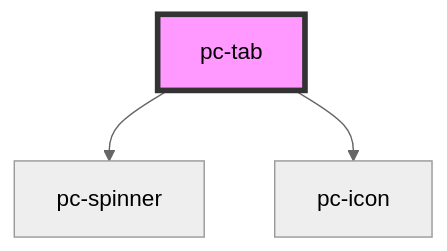
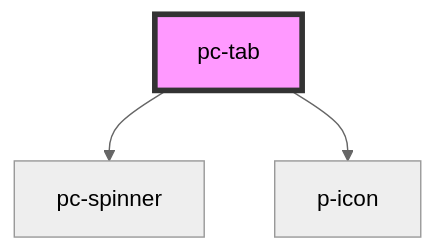
One commit to redvars/peacock changed the diagram in src/components/tabs/tab/readme.md. Above: the diagram before and after it, drawn with Mermaid (neutral theme). The commit also changed other lines of this file and 94 other files, not shown here.

````diff
--- a/src/components/tabs/tab/readme.md
+++ b/src/components/tabs/tab/readme.md
@@ -62,6 +62,6 @@
 ```mermaid
 graph TD;
   pc-tab --> pc-spinner
-  pc-tab --> pc-icon
+  pc-tab --> p-icon
   style pc-tab fill:#f9f,stroke:#333,stroke-width:4px
 ```
````
